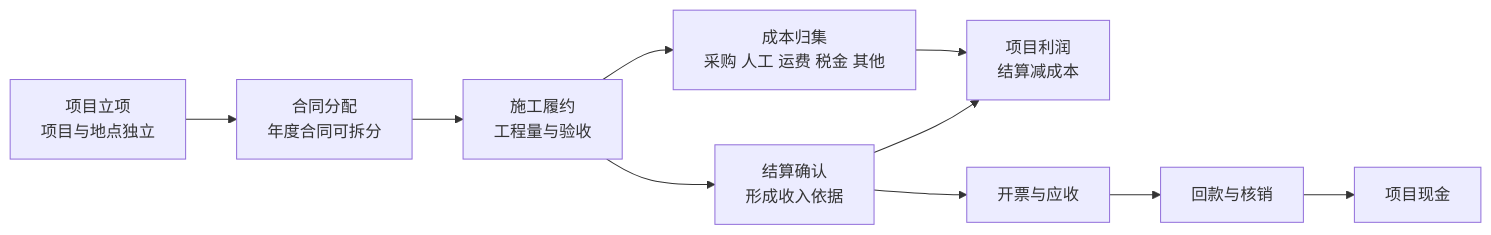
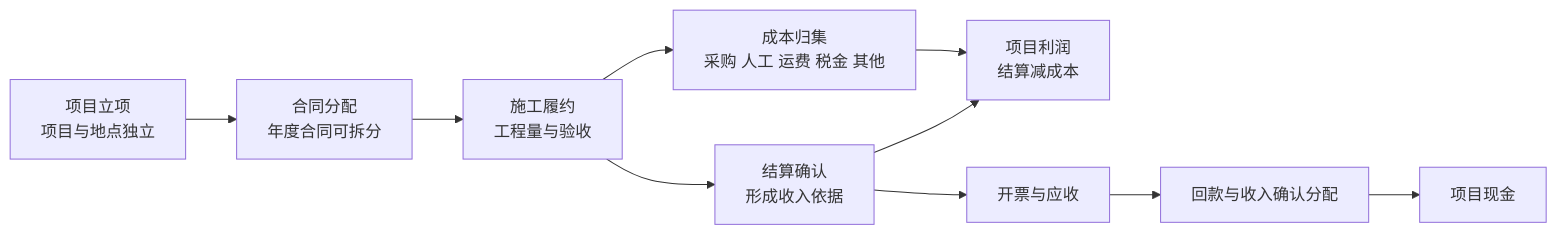
The diagram in PRODUCT_PRD_V4.md (zhangjiabao271-web/engineering-enterprise-operations-system), drawn with Mermaid before and after one commit. The commit also changed other lines of this file and 182 other files, not shown here.

````diff
--- a/PRODUCT_PRD_V4.md
+++ b/PRODUCT_PRD_V4.md
@@ -121,12 +124,12 @@
 ```mermaid
 flowchart LR
     A["项目立项<br/>项目与地点独立"] --> B["合同分配<br/>年度合同可拆分"]
     B --> C["施工履约<br/>工程量与验收"]
     C --> D["成本归集<br/>采购 人工 运费 税金 其他"]
     C --> E["结算确认<br/>形成收入依据"]
     D --> F["项目利润<br/>结算减成本"]
     E --> F
     E --> G["开票与应收"]
-    G --> H["回款与核销"]
+    G --> H["回款与收入确认分配"]
     H --> I["项目现金"]
 ```
````
